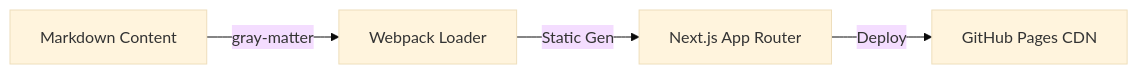
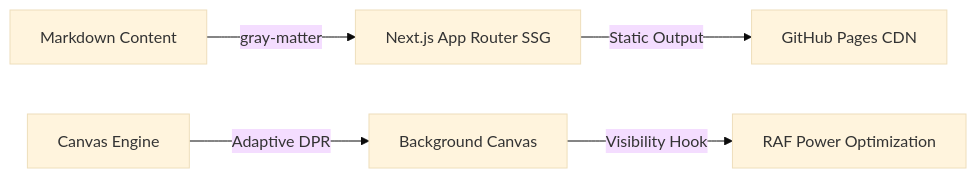
The diagram in src/content/projects/portfolio-website.md (meherabrusho/meherabrusho.github.io), drawn with Mermaid (base theme) before and after one commit. The commit also changed other lines of this file and 5 other files, not shown here.

````diff
--- a/src/content/projects/portfolio-website.md
+++ b/src/content/projects/portfolio-website.md
@@ -20,6 +27,7 @@
 ```mermaid
 graph LR
-    MD[Markdown Content] -->|gray-matter| Loader[Webpack Loader]
-    Loader -->|Static Gen| Next[Next.js App Router]
-    Next -->|Deploy| GHP[GitHub Pages CDN]
+    MD[Markdown Content] -->|gray-matter| SSG[Next.js App Router SSG]
+    Engine[Canvas Engine] -->|Adaptive DPR| Canvas[Background Canvas]
+    SSG -->|Static Output| GHP[GitHub Pages CDN]
+    Canvas -->|Visibility Hook| GPU[RAF Power Optimization]
 ```
````
